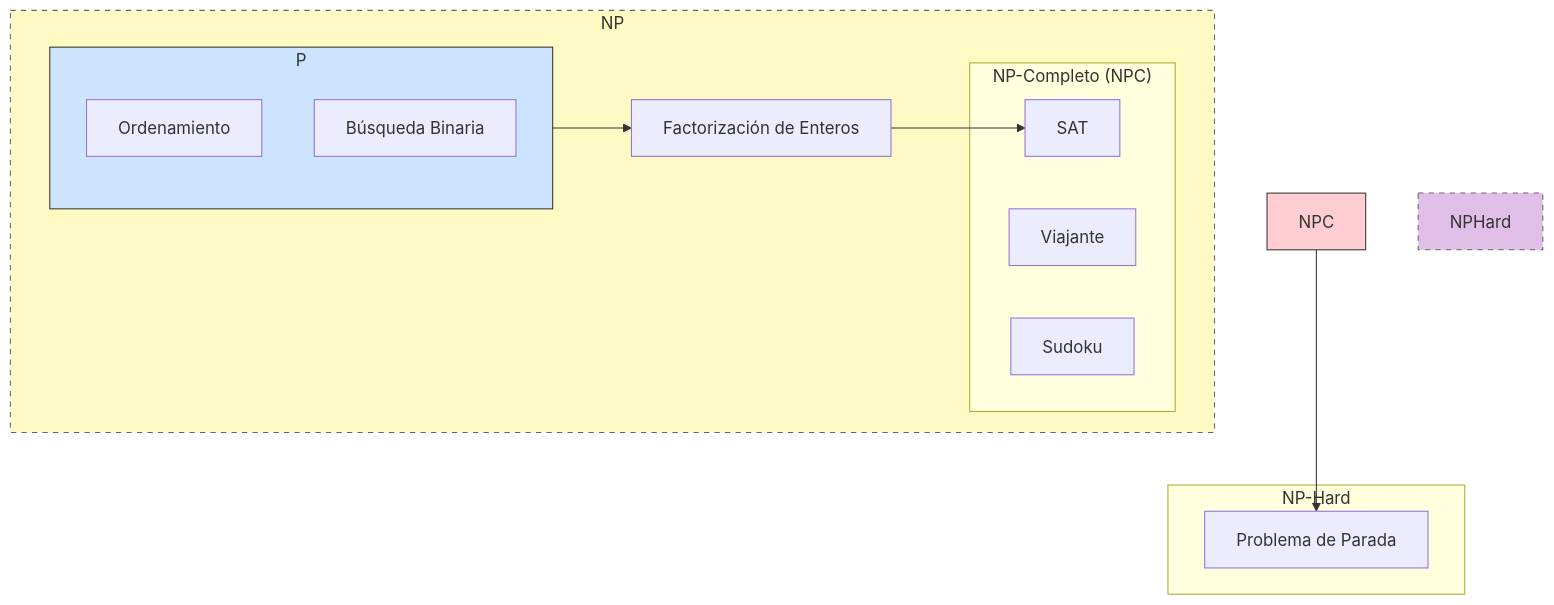
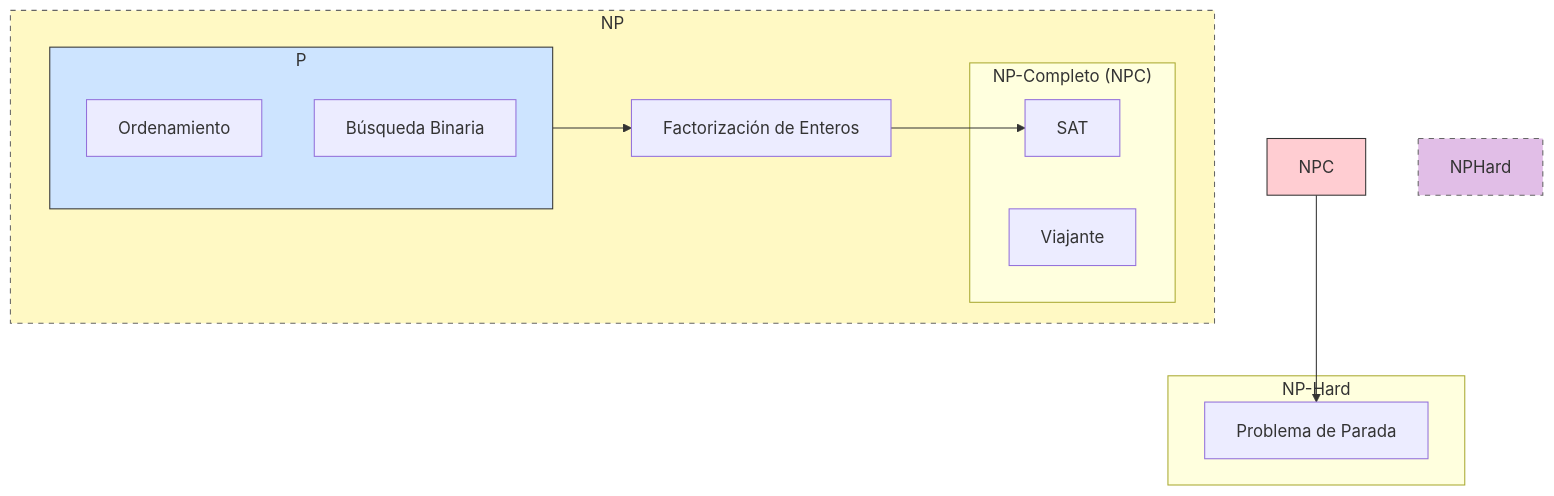
Before and after one commit to INGCOM-UNRN-P1/INGCOM-UNRN-P1.github.io: the diagram in apunte/14_complejidad.md, drawn with Mermaid. The commit also changed other lines of this file and 5 other files, not shown here.

````diff
--- a/apunte/14_complejidad.md
+++ b/apunte/14_complejidad.md
@@ -769,27 +701,26 @@
 ```{mermaid}
 graph TD
     subgraph NP
         subgraph P
             A[Ordenamiento]
             B[Búsqueda Binaria]
         end
         subgraph "NP-Completo (NPC)"
             C[SAT]
             D[Viajante]
-            E[Sudoku]
         end
         F[Factorización de Enteros]
     end
     subgraph "NP-Hard"
         G[Problema de Parada]
     end
 
     P --> F
     F --> C
     NPC --> G
 
     style P fill:#cde4ff,stroke:#333
     style NPC fill:#ffcdd2,stroke:#333
     style NP fill:#fff9c4,stroke:#666,stroke-dasharray: 5 5
     style NPHard fill:#e1bee7,stroke:#666,stroke-dasharray: 5 5
 ```
````
